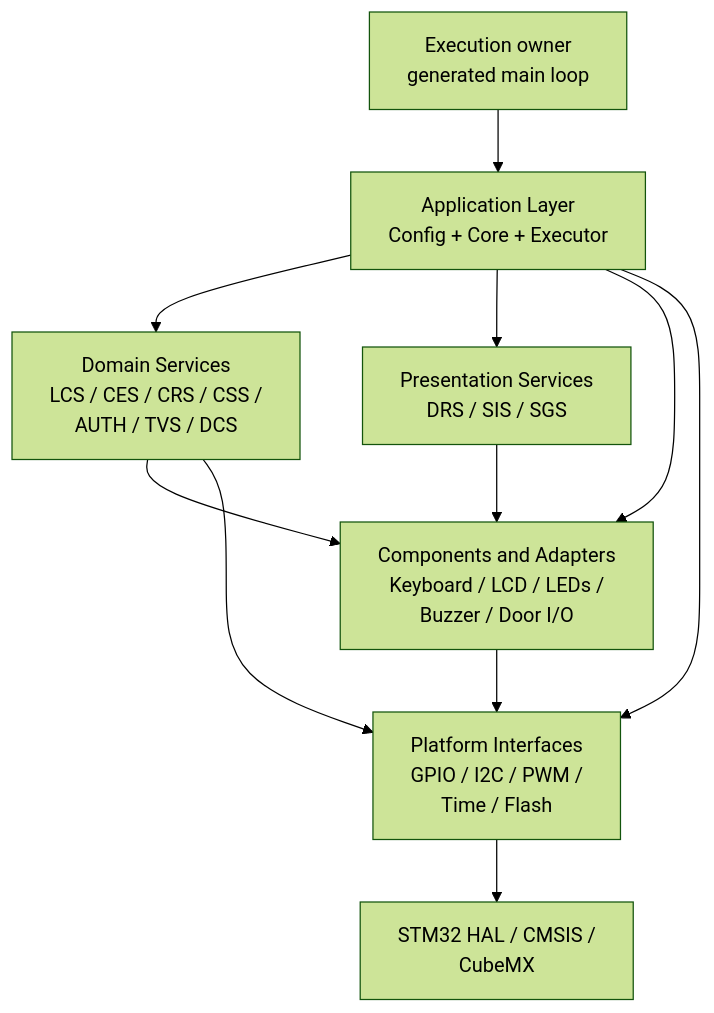
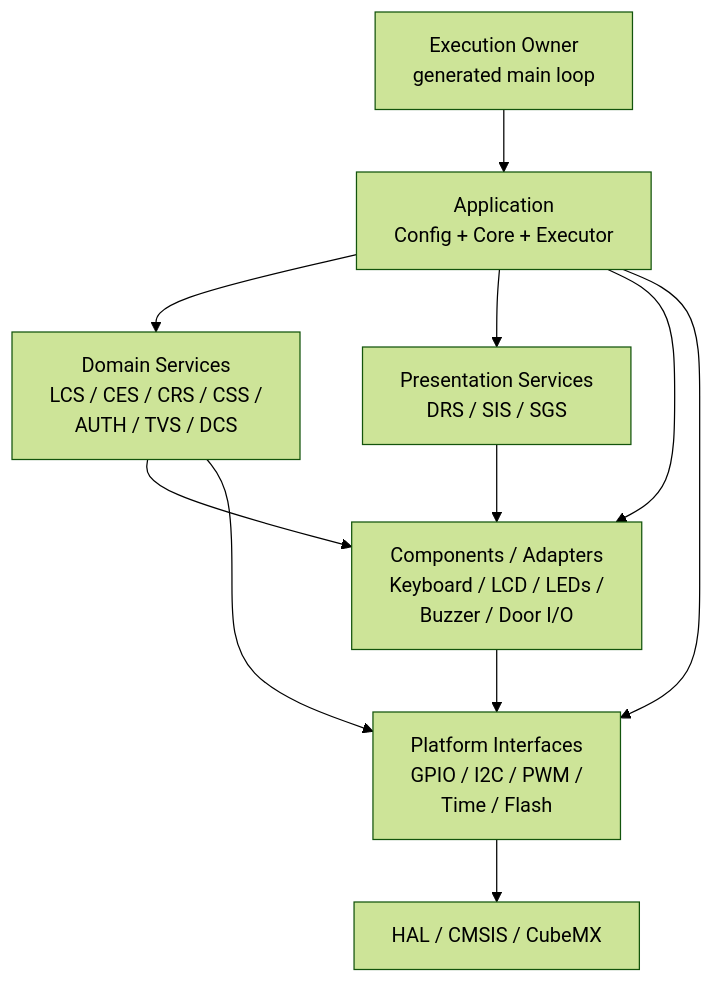
One commit to JP-REY/STM32F103C8T6-Based-Electronic-Lock changed the first of 3 diagrams in README.md. Above: the diagram before and after it, drawn with Mermaid (forest theme). The commit also changed other lines of this file and 22 other files, not shown here.

First line of the commit message:
docs: update project architecture and module documentation

````diff
--- a/README.md
+++ b/README.md
@@ -222,21 +95,22 @@
 ```mermaid
 flowchart TB
-    MAIN["Execution owner<br/>generated main loop"]
-    APP["Application Layer<br/>Config + Core + Executor"]
-    DOMAIN["Domain Services<br/>LCS / CES / CRS / CSS / <br/>AUTH / TVS / DCS"]
+    MAIN["Execution Owner<br/>generated main loop"]
+    APP["Application<br/>Config + Core + Executor"]
+    DOMAIN["Domain Services<br/>LCS / CES / CRS / CSS /<br/> AUTH / TVS / DCS"]
     UI["Presentation Services<br/>DRS / SIS / SGS"]
-    COMPONENTS["Components and Adapters<br/>Keyboard / LCD / LEDs /<br/> Buzzer / Door I/O"]
-    PLATFORM["Platform Interfaces<br/>GPIO / I2C / PWM / <br/>Time / Flash"]
-    HAL["STM32 HAL / CMSIS / <br/>CubeMX"]
+    COMPONENTS["Components / Adapters<br/>Keyboard / LCD / LEDs /<br/> Buzzer / Door I/O"]
+    PLATFORM["Platform Interfaces<br/>GPIO / I2C / PWM /<br/> Time / Flash"]
+    HAL["HAL / CMSIS / CubeMX"]
 
     MAIN --> APP
     APP --> DOMAIN
     APP --> UI
     APP --> COMPONENTS
     APP --> PLATFORM
+
     UI --> COMPONENTS
     DOMAIN --> COMPONENTS
     DOMAIN --> PLATFORM
     COMPONENTS --> PLATFORM
     PLATFORM --> HAL
 ```
````
